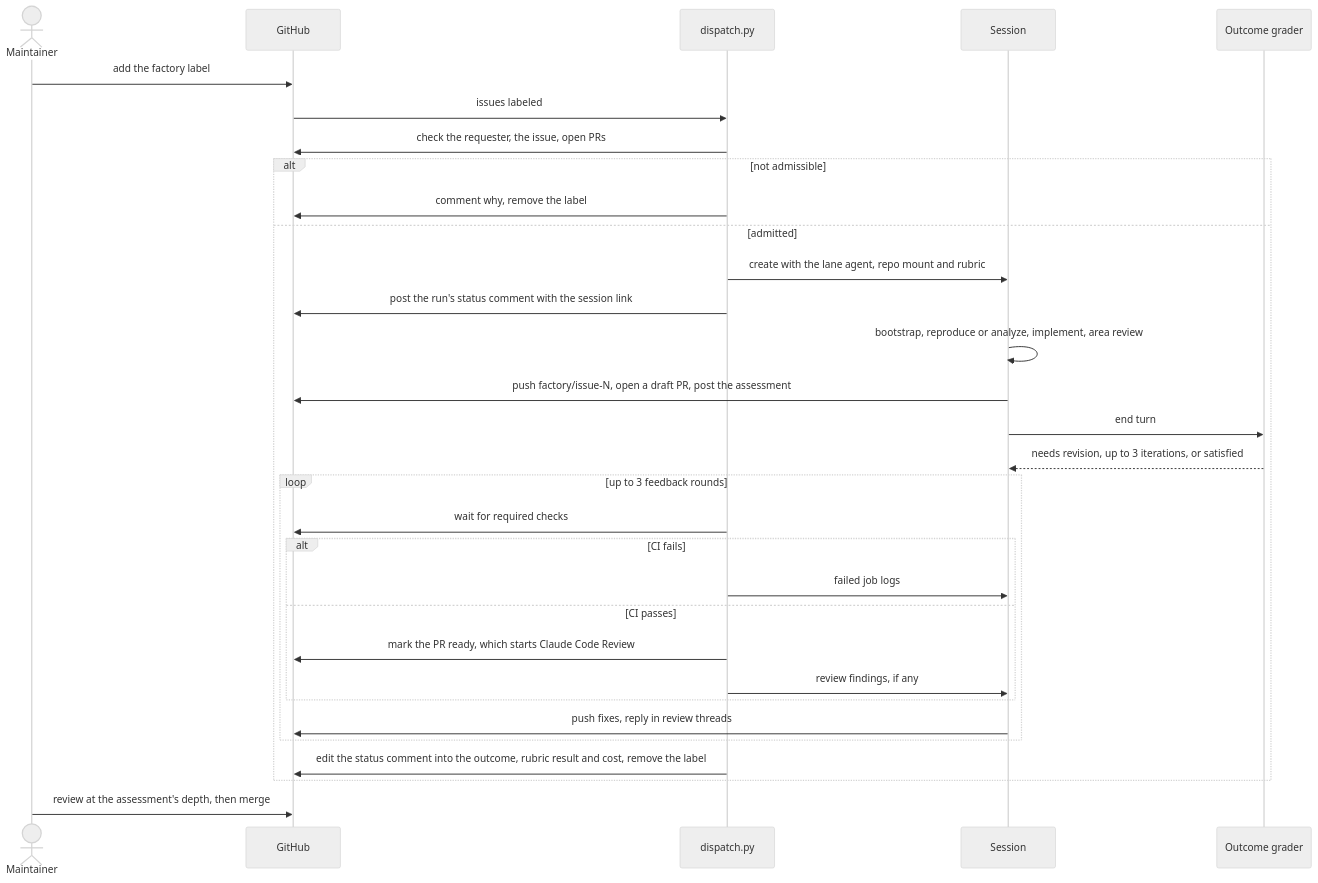
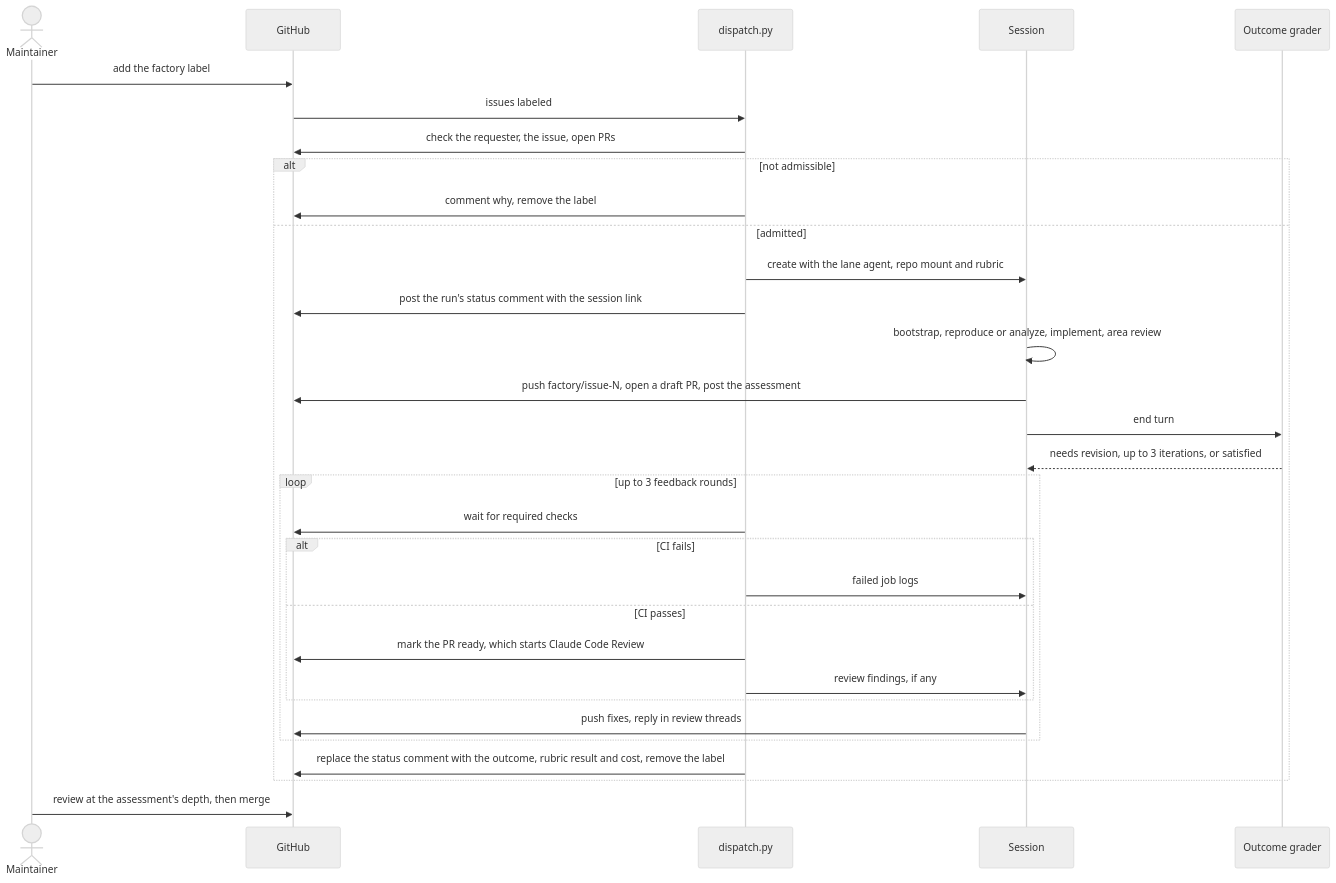
The second of 4 diagrams in factory/README.md (Arize-ai/phoenix), drawn with Mermaid (neutral theme) before and after one commit. The commit also changed other lines of this file and 3 other files, not shown here.

````diff
--- a/factory/README.md
+++ b/factory/README.md
@@ -60,34 +60,34 @@
 ```mermaid
 sequenceDiagram
   actor maintainer as Maintainer
   participant github as GitHub
   participant dispatch as dispatch.py
   participant session as Session
   participant grader as Outcome grader
 
   maintainer->>github: add the factory label
   github->>dispatch: issues labeled
   dispatch->>github: check the requester, the issue, open PRs
   alt not admissible
     dispatch->>github: comment why, remove the label
   else admitted
     dispatch->>session: create with the lane agent, repo mount and rubric
     dispatch->>github: post the run's status comment with the session link
     session->>session: bootstrap, reproduce or analyze, implement, area review
     session->>github: push factory/issue-N, open a draft PR, post the assessment
     session->>grader: end turn
     grader-->>session: needs revision, up to 3 iterations, or satisfied
     loop up to 3 feedback rounds
       dispatch->>github: wait for required checks
       alt CI fails
         dispatch->>session: failed job logs
       else CI passes
         dispatch->>github: mark the PR ready, which starts Claude Code Review
         dispatch->>session: review findings, if any
       end
       session->>github: push fixes, reply in review threads
     end
-    dispatch->>github: edit the status comment into the outcome, rubric result and cost, remove the label
+    dispatch->>github: replace the status comment with the outcome, rubric result and cost, remove the label
   end
   maintainer->>github: review at the assessment's depth, then merge
 ```
````
